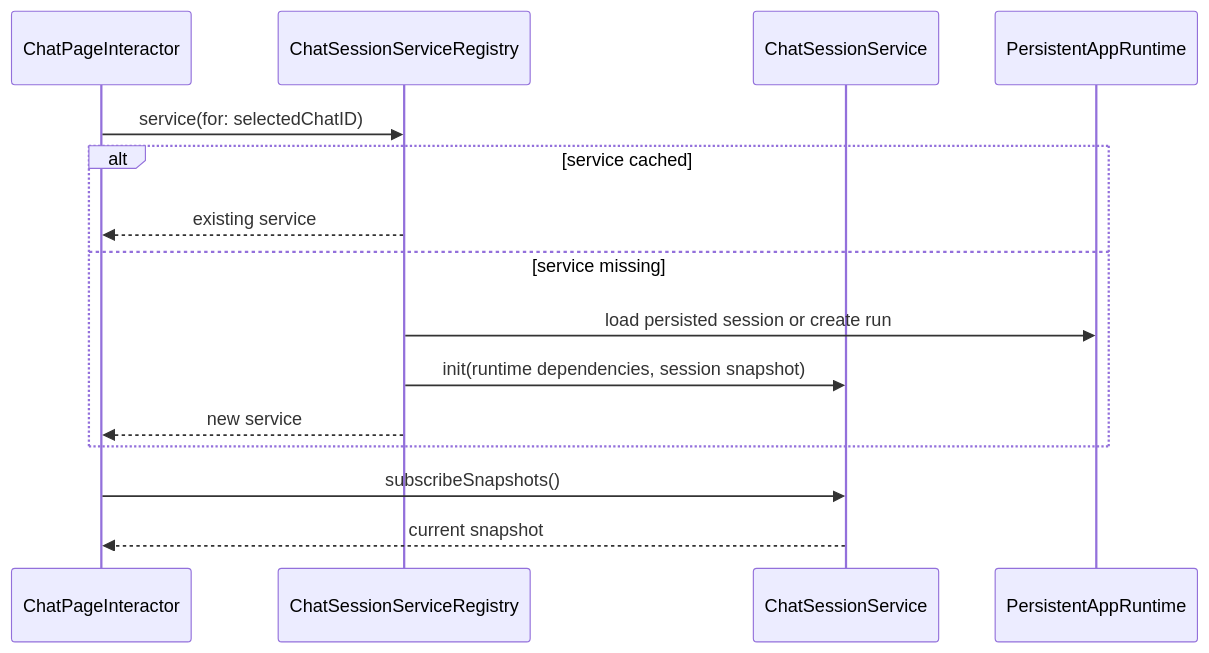
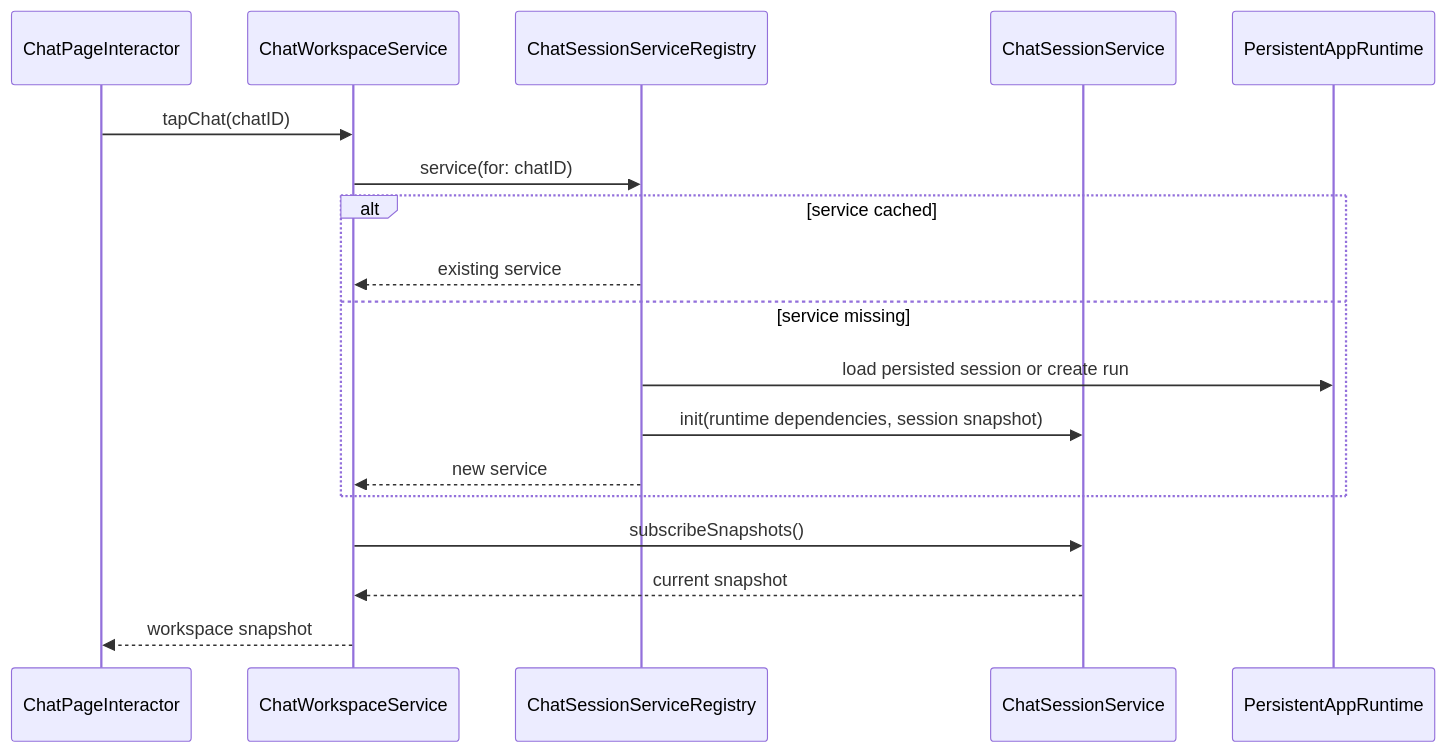
One commit to crypt0s1s/Hephaestus changed the third of 3 diagrams in docs/plans/0006-chat-session-service-refactor-plan.md. Above: the diagram before and after it, drawn with Mermaid. The commit also changed other lines of this file, not shown here.

Commit message:
Clarify chat workspace implementation plan

````diff
--- a/docs/plans/0006-chat-session-service-refactor-plan.md
+++ b/docs/plans/0006-chat-session-service-refactor-plan.md
@@ -255,18 +285,21 @@
 ```mermaid
 sequenceDiagram
     participant Page as ChatPageInteractor
+    participant Workspace as ChatWorkspaceService
     participant Registry as ChatSessionServiceRegistry
     participant Service as ChatSessionService
     participant Runtime as PersistentAppRuntime
 
-    Page->>Registry: service(for: selectedChatID)
+    Page->>Workspace: tapChat(chatID)
+    Workspace->>Registry: service(for: chatID)
     alt service cached
-        Registry-->>Page: existing service
+        Registry-->>Workspace: existing service
     else service missing
         Registry->>Runtime: load persisted session or create run
         Registry->>Service: init(runtime dependencies, session snapshot)
-        Registry-->>Page: new service
+        Registry-->>Workspace: new service
     end
-    Page->>Service: subscribeSnapshots()
-    Service-->>Page: current snapshot
+    Workspace->>Service: subscribeSnapshots()
+    Service-->>Workspace: current snapshot
+    Workspace-->>Page: workspace snapshot
 ```
````
